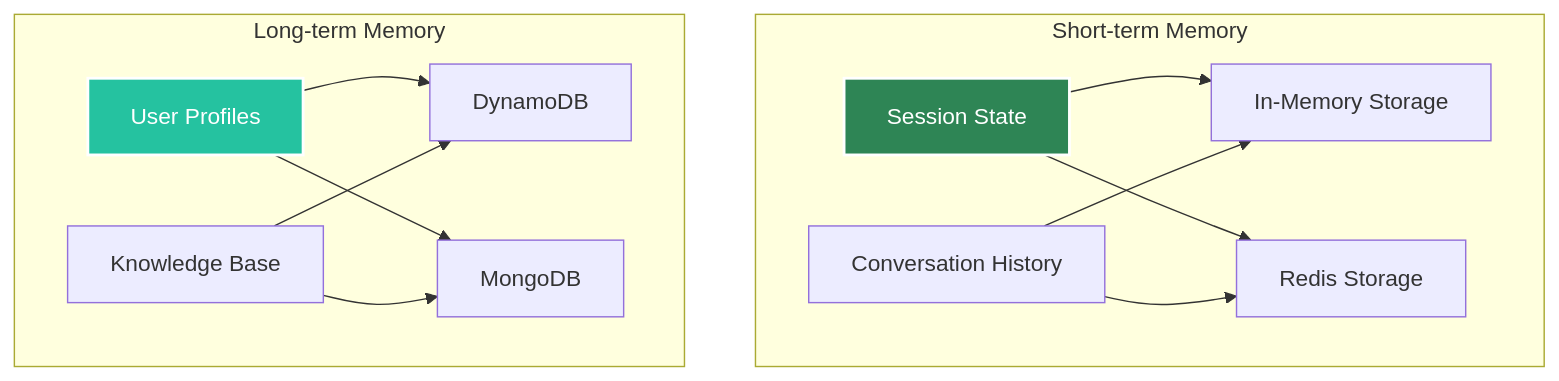
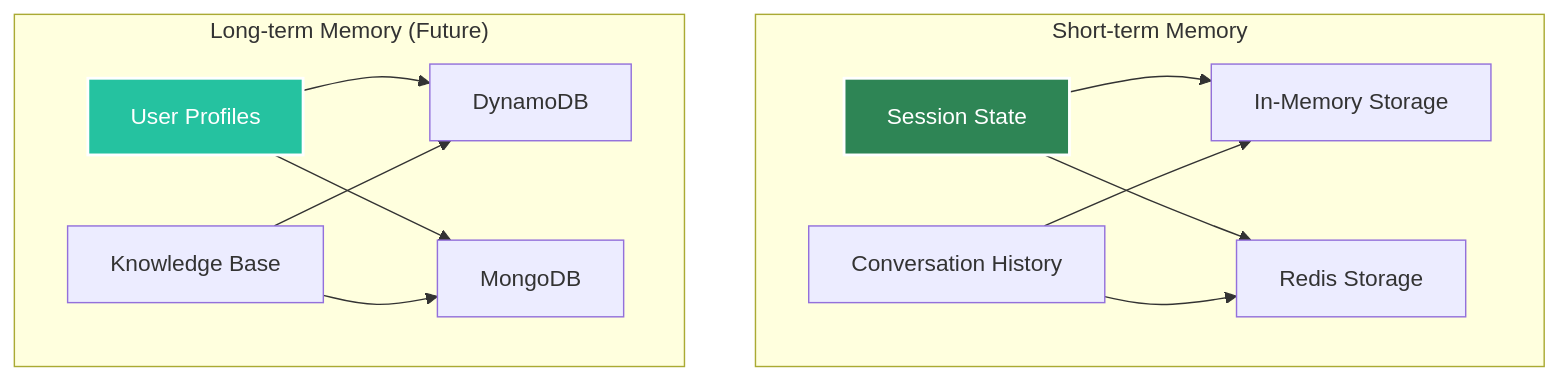
Before and after one commit to yaalalabs/agent-kernel: the diagram in docs/docs/architecture/memory-management.md, drawn with Mermaid. The commit also changed other lines of this file and 6 other files, not shown here.

````diff
--- a/docs/docs/architecture/memory-management.md
+++ b/docs/docs/architecture/memory-management.md
@@ -11,29 +11,29 @@
 ```mermaid
 graph TB
     subgraph "Short-term Memory"
         A[Session State]
         B[Conversation History]
         C[In-Memory Storage]
         D[Redis Storage]
     end
     
-    subgraph "Long-term Memory"
+    subgraph "Long-term Memory (Future)"
         E[User Profiles]
         F[Knowledge Base]
         G[DynamoDB]
         H[MongoDB]
     end
     
     A --> C
     A --> D
     B --> C
     B --> D
     
     E --> G
     E --> H
     F --> G
     F --> H
     
     style A fill:#2e8555,stroke:#fff,stroke-width:2px,color:#fff
     style E fill:#25c2a0,stroke:#fff,stroke-width:2px,color:#fff
 ```
````
